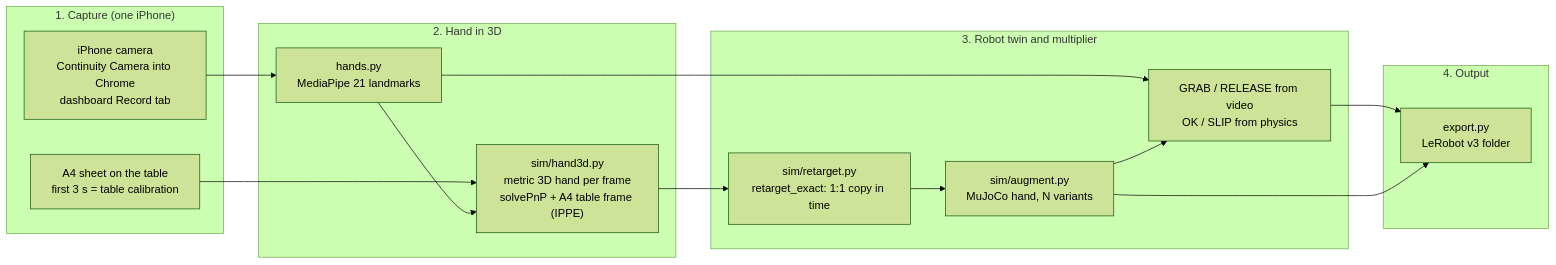
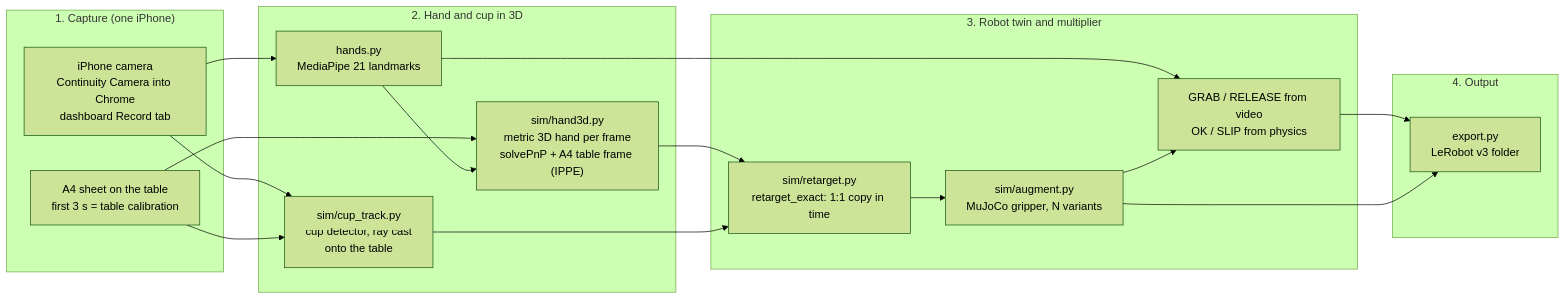
The diagram in README.md (lennilehtonen/mimesis), drawn with Mermaid (forest theme) before and after one commit. The commit also changed other lines of this file and 13 other files, not shown here.

````diff
--- a/README.md
+++ b/README.md
@@ -25,32 +15,36 @@
 ```mermaid
 flowchart LR
   subgraph Capture["1. Capture (one iPhone)"]
     CAM["iPhone camera<br/>Continuity Camera into Chrome<br/>dashboard Record tab"]
     A4["A4 sheet on the table<br/>first 3 s = table calibration"]
   end
 
-  subgraph Vision["2. Hand in 3D"]
+  subgraph Vision["2. Hand and cup in 3D"]
     HND["hands.py<br/>MediaPipe 21 landmarks"]
     H3D["sim/hand3d.py<br/>metric 3D hand per frame<br/>solvePnP + A4 table frame (IPPE)"]
+    CUP["sim/cup_track.py<br/>cup detector, ray cast<br/>onto the table"]
   end
 
   subgraph Sim["3. Robot twin and multiplier"]
     RT["sim/retarget.py<br/>retarget_exact: 1:1 copy in time"]
-    AUG["sim/augment.py<br/>MuJoCo hand, N variants"]
+    AUG["sim/augment.py<br/>MuJoCo gripper, N variants"]
     LBL["GRAB / RELEASE from video<br/>OK / SLIP from physics"]
   end
 
   subgraph Out["4. Output"]
     LR["export.py<br/>LeRobot v3 folder"]
   end
 
   CAM --> HND
+  CAM --> CUP
   A4 --> H3D
+  A4 --> CUP
   HND --> H3D
   H3D --> RT
+  CUP --> RT
   RT --> AUG
   HND --> LBL
   AUG --> LBL
   LBL --> LR
   AUG --> LR
 ```
````
